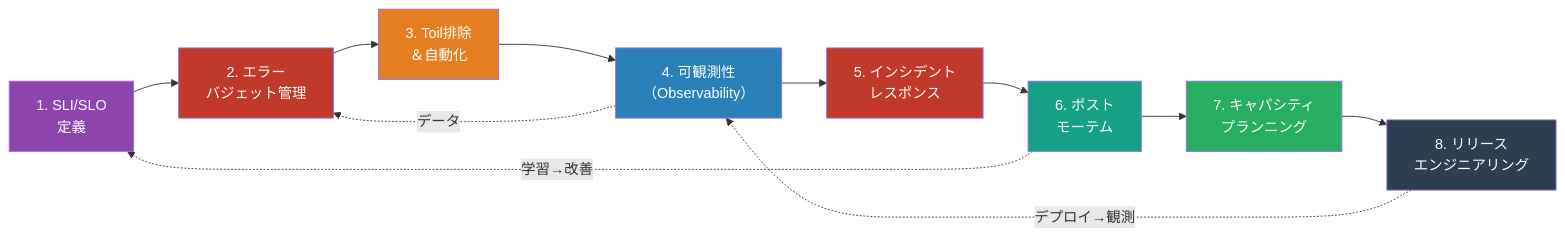
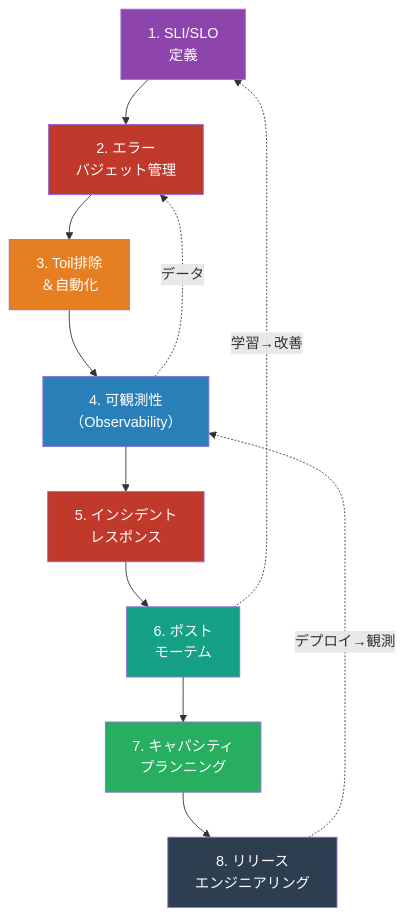
Before and after one commit to shuji-bonji/Management-of-software-systems-and-services: the second of 10 diagrams in sre-reliability-map.md, drawn with Mermaid. The commit also changed other lines of this file and 9 other files, not shown here.

Commit message:
fix: Mermaid図の改善

````diff
--- a/sre-reliability-map.md
+++ b/sre-reliability-map.md
@@ -40,23 +38,23 @@
 ```mermaid
-flowchart LR
-    A["1. SLI/SLO\n定義"] --> B["2. エラー\nバジェット管理"]
-    B --> C["3. Toil排除\n＆自動化"]
-    C --> D["4. 可観測性\n（Observability）"]
-    D --> E["5. インシデント\nレスポンス"]
-    E --> F["6. ポスト\nモーテム"]
-    F --> G["7. キャパシティ\nプランニング"]
-    G --> H["8. リリース\nエンジニアリング"]
+flowchart TB
+    A["1. SLI/SLO<br>定義"] --> B["2. エラー<br>バジェット管理"]
+    B --> C["3. Toil排除<br>＆自動化"]
+    C --> D["4. 可観測性<br>（Observability）"]
+    D --> E["5. インシデント<br>レスポンス"]
+    E --> F["6. ポスト<br>モーテム"]
+    F --> G["7. キャパシティ<br>プランニング"]
+    G --> H["8. リリース<br>エンジニアリング"]
 
     F -.->|"学習→改善"| A
     D -.->|"データ"| B
     H -.->|"デプロイ→観測"| D
 
     style A fill:#8E44AD,color:#fff
     style B fill:#C0392B,color:#fff
     style C fill:#E67E22,color:#fff
     style D fill:#2980B9,color:#fff
     style E fill:#C0392B,color:#fff
     style F fill:#16A085,color:#fff
     style G fill:#27AE60,color:#fff
     style H fill:#2C3E50,color:#fff
 ```
````
